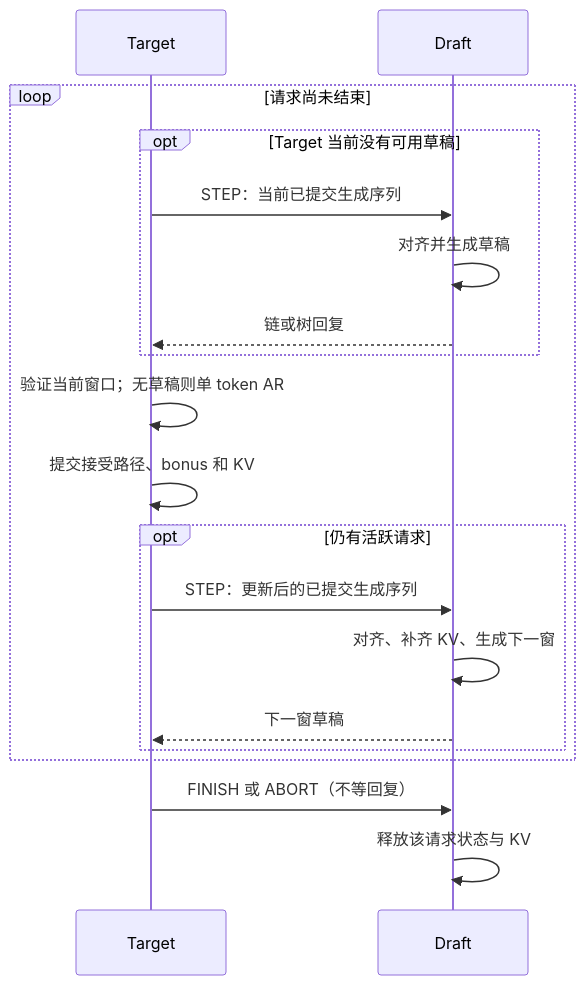
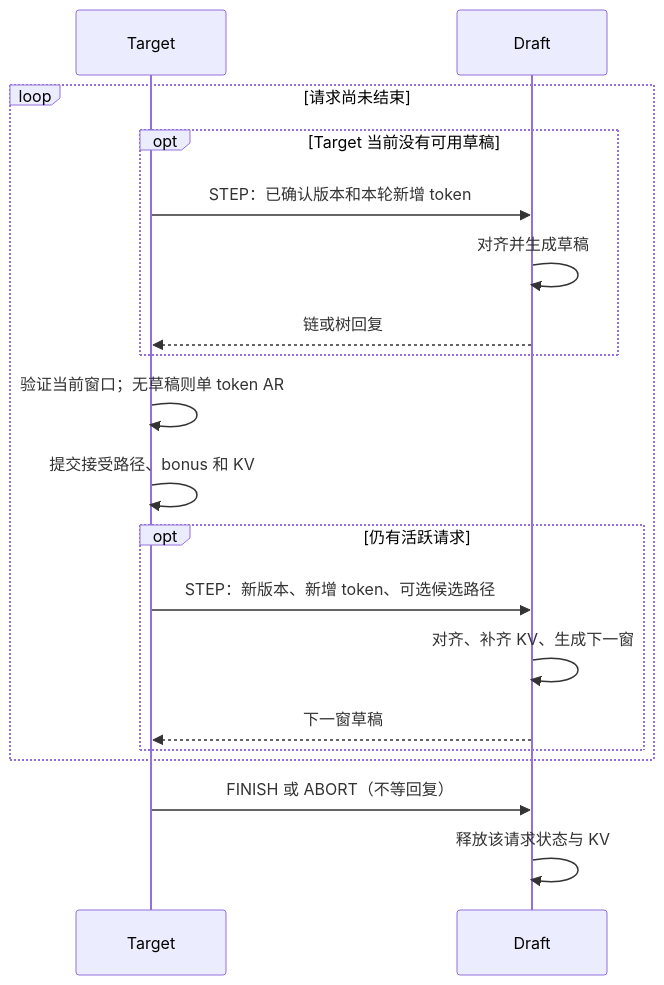
Before and after one commit to liujg-lab/sglang: the second of 2 diagrams in python/sglang/srt/speculative/standalone_remote/README_STANDALONE_REMOTE.md, drawn with Mermaid. The commit also changed other lines of this file and 7 other files, not shown here.

````diff
--- a/python/sglang/srt/speculative/standalone_remote/README_STANDALONE_REMOTE.md
+++ b/python/sglang/srt/speculative/standalone_remote/README_STANDALONE_REMOTE.md
@@ -104,21 +104,21 @@
 ```mermaid
 sequenceDiagram
     participant Target
     participant Draft
     loop 请求尚未结束
         opt Target 当前没有可用草稿
-            Target->>Draft: STEP：当前已提交生成序列
+            Target->>Draft: STEP：已确认版本和本轮新增 token
             Draft->>Draft: 对齐并生成草稿
             Draft-->>Target: 链或树回复
         end
         Target->>Target: 验证当前窗口；无草稿则单 token AR
         Target->>Target: 提交接受路径、bonus 和 KV
         opt 仍有活跃请求
-            Target->>Draft: STEP：更新后的已提交生成序列
+            Target->>Draft: STEP：新版本、新增 token、可选候选路径
             Draft->>Draft: 对齐、补齐 KV、生成下一窗
             Draft-->>Target: 下一窗草稿
         end
     end
     Target->>Draft: FINISH 或 ABORT（不等回复）
     Draft->>Draft: 释放该请求状态与 KV
 ```
````
